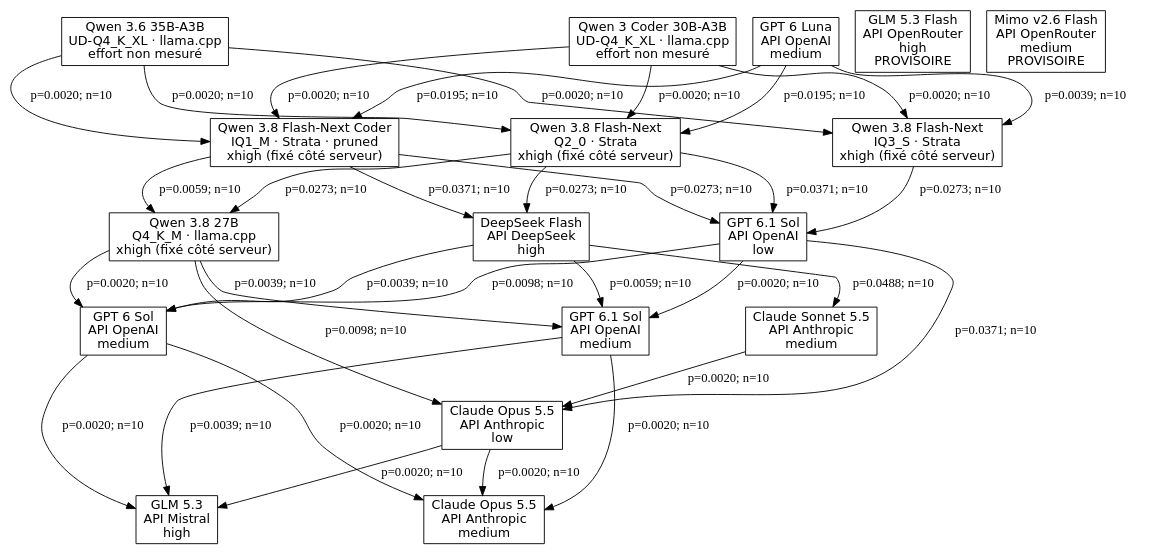
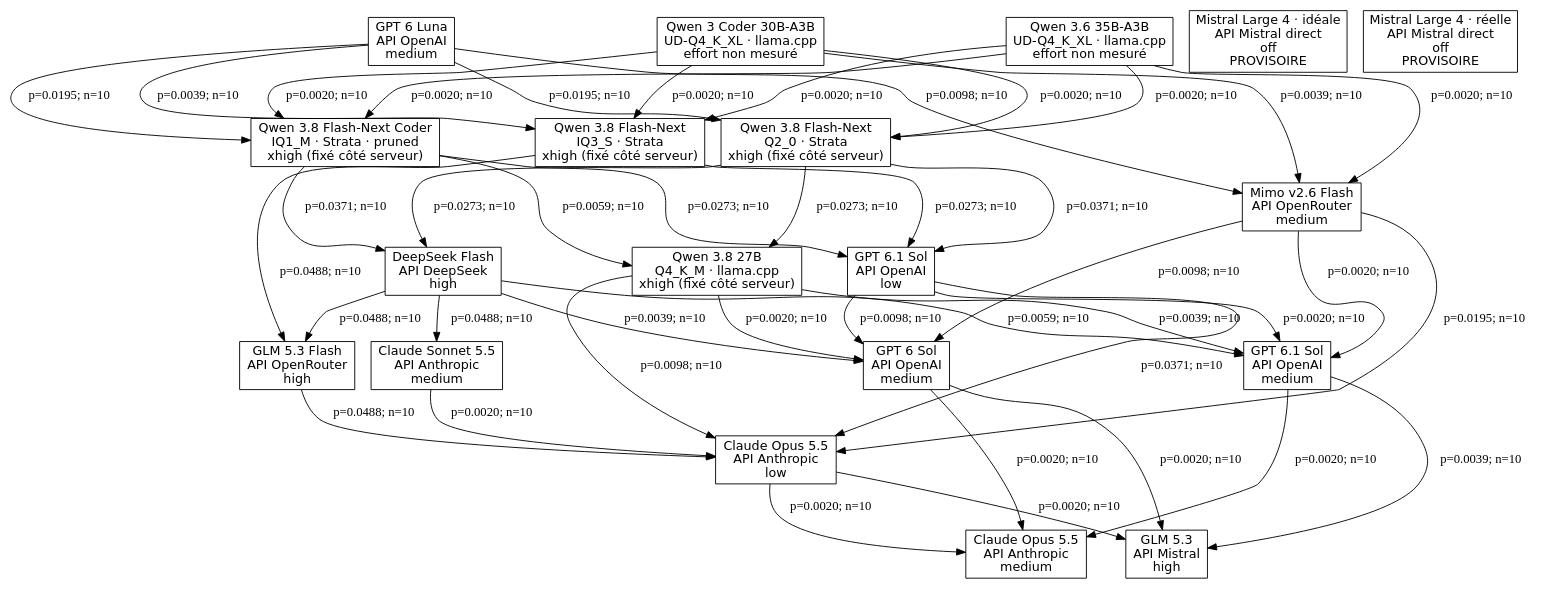
The diagram in docs/tournament-graphs/cost_usd.dot (MinhHaDuong/ImperialDragonHarness), drawn with Graphviz before and after one commit. The commit also changed 17 other files, not shown here.

```diff
--- a/docs/tournament-graphs/cost_usd.dot
+++ b/docs/tournament-graphs/cost_usd.dot
@@ -1,53 +1,64 @@
 digraph G {
 rankdir=TB;
 node [shape=box, fontname="DejaVu Sans"];
 a [label="Qwen 3.8 27B\nQ4_K_M · llama.cpp\nxhigh (fixé côté serveur)"];
 b [label="Qwen 3.8 Flash-Next Coder\nIQ1_M · Strata · pruned\nxhigh (fixé côté serveur)"];
 b2 [label="Qwen 3.8 Flash-Next\nIQ3_S · Strata\nxhigh (fixé côté serveur)"];
 b3 [label="Qwen 3.8 Flash-Next\nQ2_0 · Strata\nxhigh (fixé côté serveur)"];
 c [label="Qwen 3.6 35B-A3B\nUD-Q4_K_XL · llama.cpp\neffort non mesuré"];
 c2 [label="Qwen 3 Coder 30B-A3B\nUD-Q4_K_XL · llama.cpp\neffort non mesuré"];
 d [label="Claude Opus 5.5\nAPI Anthropic\nmedium"];
 d2 [label="Claude Opus 5.5\nAPI Anthropic\nlow"];
 e [label="GPT 6 Sol\nAPI OpenAI\nmedium"];
 e2 [label="GPT 6.1 Sol\nAPI OpenAI\nlow"];
 e3 [label="GPT 6.1 Sol\nAPI OpenAI\nmedium"];
 f [label="GLM 5.3\nAPI Mistral\nhigh"];
 g [label="Claude Sonnet 5.5\nAPI Anthropic\nmedium"];
 i [label="DeepSeek Flash\nAPI DeepSeek\nhigh"];
-j [label="GLM 5.3 Flash\nAPI OpenRouter\nhigh\nPROVISOIRE"];
-k [label="Mimo v2.6 Flash\nAPI OpenRouter\nmedium\nPROVISOIRE"];
+j [label="GLM 5.3 Flash\nAPI OpenRouter\nhigh"];
+k [label="Mimo v2.6 Flash\nAPI OpenRouter\nmedium"];
 l [label="GPT 6 Luna\nAPI OpenAI\nmedium"];
+mi [label="Mistral Large 4 · idéale\nAPI Mistral direct\noff\nPROVISOIRE"];
+mr [label="Mistral Large 4 · réelle\nAPI Mistral direct\noff\nPROVISOIRE"];
 a -> d2 [label="p=0.0098; n=10"];
 a -> e [label="p=0.0020; n=10"];
 a -> e3 [label="p=0.0039; n=10"];
 b -> a [label="p=0.0059; n=10"];
 b -> e2 [label="p=0.0273; n=10"];
 b -> i [label="p=0.0371; n=10"];
 b2 -> e2 [label="p=0.0273; n=10"];
+b2 -> j [label="p=0.0488; n=10"];
 b3 -> a [label="p=0.0273; n=10"];
 b3 -> e2 [label="p=0.0371; n=10"];
 b3 -> i [label="p=0.0273; n=10"];
 c -> b [label="p=0.0020; n=10"];
 c -> b2 [label="p=0.0020; n=10"];
 c -> b3 [label="p=0.0020; n=10"];
+c -> k [label="p=0.0020; n=10"];
 c2 -> b [label="p=0.0020; n=10"];
 c2 -> b2 [label="p=0.0020; n=10"];
 c2 -> b3 [label="p=0.0020; n=10"];
+c2 -> k [label="p=0.0039; n=10"];
 d2 -> d [label="p=0.0020; n=10"];
 d2 -> f [label="p=0.0020; n=10"];
 e -> d [label="p=0.0020; n=10"];
 e -> f [label="p=0.0020; n=10"];
 e2 -> d2 [label="p=0.0371; n=10"];
 e2 -> e [label="p=0.0098; n=10"];
 e2 -> e3 [label="p=0.0020; n=10"];
 e3 -> d [label="p=0.0020; n=10"];
 e3 -> f [label="p=0.0039; n=10"];
 g -> d2 [label="p=0.0020; n=10"];
 i -> e [label="p=0.0039; n=10"];
 i -> e3 [label="p=0.0059; n=10"];
 i -> g [label="p=0.0488; n=10"];
+i -> j [label="p=0.0488; n=10"];
+j -> d2 [label="p=0.0488; n=10"];
+k -> d2 [label="p=0.0195; n=10"];
+k -> e [label="p=0.0098; n=10"];
+k -> e3 [label="p=0.0020; n=10"];
 l -> b [label="p=0.0195; n=10"];
 l -> b2 [label="p=0.0039; n=10"];
 l -> b3 [label="p=0.0195; n=10"];
+l -> k [label="p=0.0098; n=10"];
 }
```
